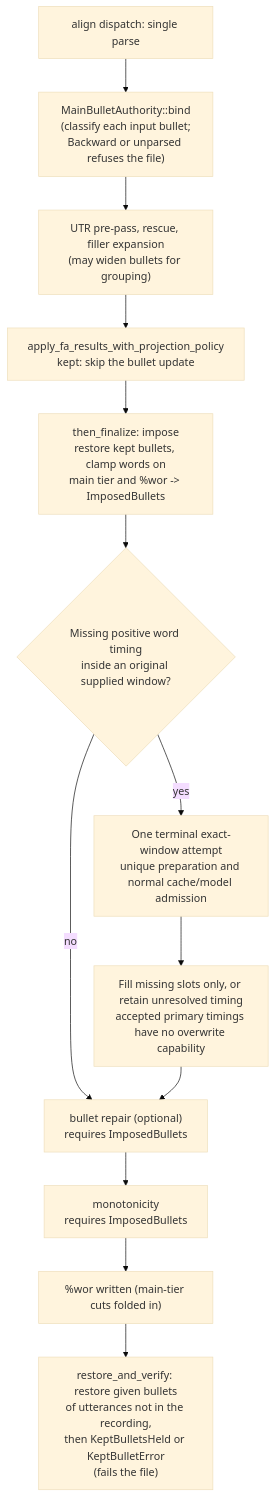
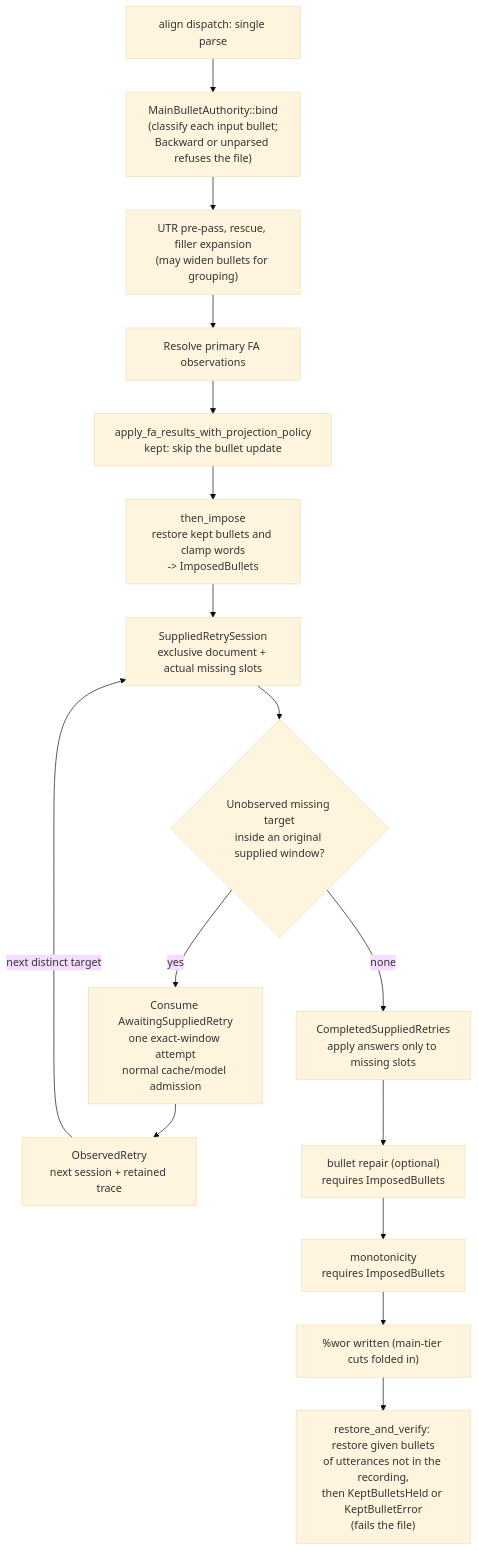
One commit to FranklinChen/talkbank-tools changed diagram 17 of 22 in book/src/batchalign/reference/forced-alignment.md. Above: the diagram before and after it, drawn with Mermaid (base theme). The commit also changed other lines of this file and 175 other files, not shown here.

````diff
--- a/book/src/batchalign/reference/forced-alignment.md
+++ b/book/src/batchalign/reference/forced-alignment.md
@@ -1692,15 +1911,18 @@
 ```mermaid
 flowchart TD
     parse["align dispatch: single parse"] --> bind["MainBulletAuthority::bind<br/>(classify each input bullet;<br/>Backward or unparsed refuses the file)"]
     bind --> utr["UTR pre-pass, rescue, filler expansion<br/>(may widen bullets for grouping)"]
-    utr --> apply["apply_fa_results_with_projection_policy<br/>kept: skip the bullet update"]
-    apply --> impose["then_finalize: impose<br/>restore kept bullets, clamp words on<br/>main tier and %wor -> ImposedBullets"]
-    impose --> missing{"Missing positive word timing<br/>inside an original supplied window?"}
-    missing -->|"no"| repair["bullet repair (optional)<br/>requires ImposedBullets"]
-    missing -->|"yes"| retry["One terminal exact-window attempt<br/>unique preparation and normal cache/model admission"]
-    retry --> patch["Fill missing slots only, or retain unresolved timing<br/>accepted primary timings have no overwrite capability"]
-    patch --> repair
+    utr --> resolve["Resolve primary FA observations"]
+    resolve --> apply["apply_fa_results_with_projection_policy<br/>kept: skip the bullet update"]
+    apply --> impose["then_impose<br/>restore kept bullets and clamp words<br/>-> ImposedBullets"]
+    impose --> session["SuppliedRetrySession<br/>exclusive document + actual missing slots"]
+    session --> missing{"Unobserved missing target<br/>inside an original supplied window?"}
+    missing -->|"yes"| retry["Consume AwaitingSuppliedRetry<br/>one exact-window attempt<br/>normal cache/model admission"]
+    retry --> observed["ObservedRetry<br/>next session + retained trace"]
+    observed -->|"next distinct target"| session
+    missing -->|"none"| completed["CompletedSuppliedRetries<br/>apply answers only to missing slots"]
+    completed --> repair["bullet repair (optional)<br/>requires ImposedBullets"]
     repair --> mono["monotonicity<br/>requires ImposedBullets"]
     mono --> wor["%wor written (main-tier cuts folded in)"]
     wor --> held["restore_and_verify: restore given bullets<br/>of utterances not in the recording,<br/>then KeptBulletsHeld or KeptBulletError<br/>(fails the file)"]
 ```
````
